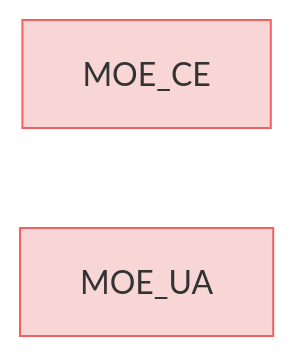
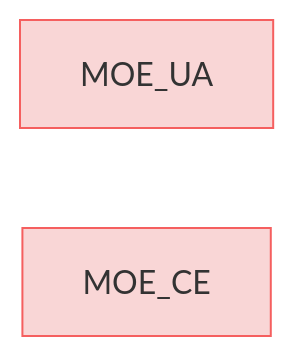
The diagram in specifications/MOEs.md (reqvire-org/reqvire), drawn with Mermaid before and after one commit. The commit also changed 44 other files, not shown here.

Commit message:
Diagrams bug fixes. Test improvements.

````diff
--- a/specifications/MOEs.md
+++ b/specifications/MOEs.md
@@ -4,15 +4,15 @@
 ```mermaid
 graph LR;
   %% Graph styling
   classDef requirement fill:#f9d6d6,stroke:#f55f5f,stroke-width:1px;
   classDef verification fill:#d6f9d6,stroke:#5fd75f,stroke-width:1px;
   classDef externalLink fill:#d0e0ff,stroke:#3080ff,stroke-width:1px;
   classDef default fill:#f5f5f5,stroke:#333333,stroke-width:1px;
 
+  2c5f30f14e792200["MOE_UA"];
+  class 2c5f30f14e792200 requirement;
+  click 2c5f30f14e792200 "MOEs.md#moe_ua";
   e9ad540a6411a0fc["MOE_CE"];
-  click e9ad540a6411a0fc "specifications/MOEs.md#moe_ce#moe_ce";
   class e9ad540a6411a0fc requirement;
-  2c5f30f14e792200["MOE_UA"];
-  click 2c5f30f14e792200 "specifications/MOEs.md#moe_ua#moe_ua";
-  class 2c5f30f14e792200 requirement;
+  click e9ad540a6411a0fc "MOEs.md#moe_ce";
 ```
````
